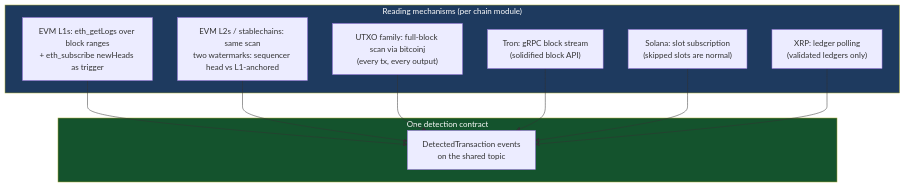
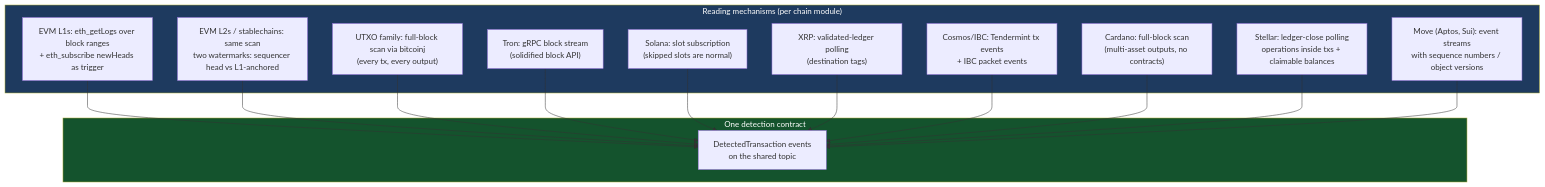
One commit to Puneethkumarck/puneethkumarck.github.io changed the second of 4 diagrams in src/content/blog/block-scanning-transaction-detection.md. Above: the diagram before and after it, drawn with Mermaid. The commit also changed other lines of this file, not shown here.

Commit message:
Post 04: broaden coverage to 10 chain families + asset models (Cosmos/IBC, Cardano, Algorand, Stellar, Move)

````diff
--- a/src/content/blog/block-scanning-transaction-detection.md
+++ b/src/content/blog/block-scanning-transaction-detection.md
@@ -165,25 +168,33 @@
 ```mermaid
 graph TD
     subgraph sgread["Reading mechanisms (per chain module)"]
         EVM["EVM L1s: eth_getLogs over block ranges<br/>+ eth_subscribe newHeads as trigger"]
         L2["EVM L2s / stablechains: same scan<br/>two watermarks: sequencer head vs L1-anchored"]
         UTXO["UTXO family: full-block scan via bitcoinj<br/>(every tx, every output)"]
         TRON["Tron: gRPC block stream<br/>(solidified block API)"]
         SOL["Solana: slot subscription<br/>(skipped slots are normal)"]
-        XRP["XRP: ledger polling<br/>(validated ledgers only)"]
+        XRP["XRP: validated-ledger polling<br/>(destination tags)"]
+        COSMOS["Cosmos/IBC: Tendermint tx events<br/>+ IBC packet events"]
+        CARDANO["Cardano: full-block scan<br/>(multi-asset outputs, no contracts)"]
+        STELLAR["Stellar: ledger-close polling<br/>operations inside txs + claimable balances"]
+        MOVE["Move (Aptos, Sui): event streams<br/>with sequence numbers / object versions"]
     end
 
     subgraph sgcontract["One detection contract"]
         EVT["DetectedTransaction events<br/>on the shared topic"]
     end
 
     EVM --> EVT
     L2 --> EVT
     UTXO --> EVT
     TRON --> EVT
     SOL --> EVT
     XRP --> EVT
+    COSMOS --> EVT
+    CARDANO --> EVT
+    STELLAR --> EVT
+    MOVE --> EVT
 
     style sgread fill:#1e3a5f,color:#fff
     style sgcontract fill:#14532d,color:#fff
 ```
````
